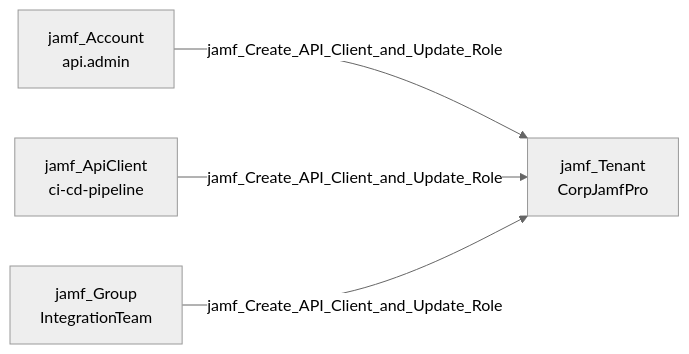
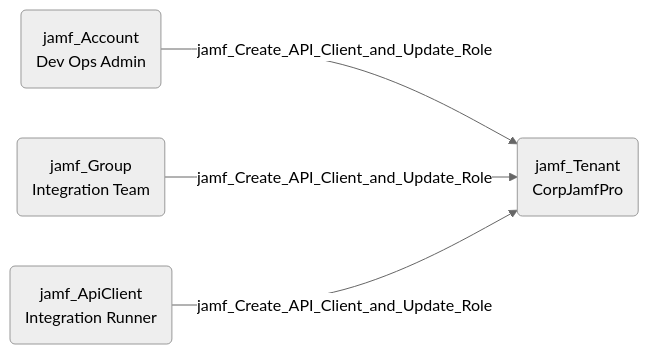
Before and after one commit to SpecterOps/bloodhound-docs: the diagram in docs/opengraph/extensions/jamfhound/reference/edges/jamf_create_api_client_and_update_role.mdx, drawn with Mermaid (neutral theme). The commit also changed 33 other files, not shown here.

Commit message:
Updated documentation with revised mermaid diagrams

````diff
--- a/docs/opengraph/extensions/jamfhound/reference/edges/jamf_create_api_client_and_update_role.mdx
+++ b/docs/opengraph/extensions/jamfhound/reference/edges/jamf_create_api_client_and_update_role.mdx
@@ -18,6 +18,14 @@
 ```mermaid
 graph LR
-    A["jamf_Account\napi.admin"] -->|jamf_Create_API_Client_and_Update_Role| B["jamf_Tenant\nCorpJamfPro"]
-    C["jamf_ApiClient\nci-cd-pipeline"] -->|jamf_Create_API_Client_and_Update_Role| B
-    D["jamf_Group\nIntegrationTeam"] -->|jamf_Create_API_Client_and_Update_Role| B
+    A("jamf_Account
+Dev Ops Admin")
+    B("jamf_Tenant
+CorpJamfPro")
+    C("jamf_Group
+Integration Team")
+    D("jamf_ApiClient
+Integration Runner")
+    A -- jamf_Create_API_Client_and_Update_Role --> B
+    C -- jamf_Create_API_Client_and_Update_Role --> B
+    D -- jamf_Create_API_Client_and_Update_Role --> B
 ```
````
